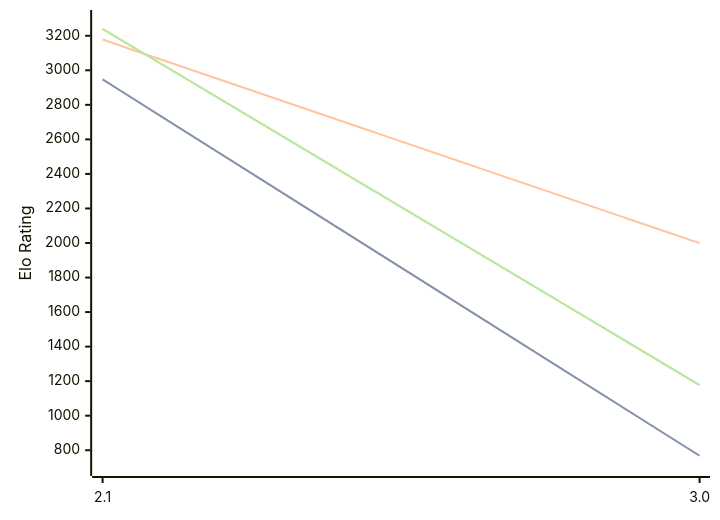
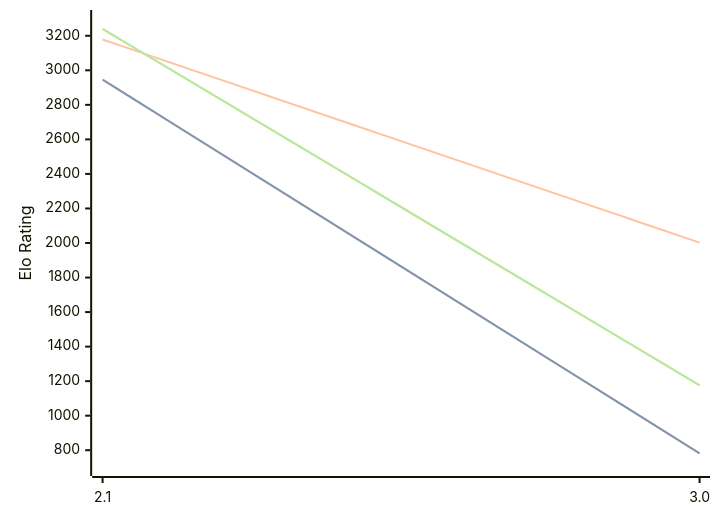
One commit to computer-chess-index/cci changed the diagram in engines/Quirky.md. Above: the diagram before and after it, drawn with Mermaid. The commit also changed other lines of this file, not shown here.

Commit message:
Update CCI Ratings (ELO VLTC) - 2026-06-07

````diff
--- a/engines/Quirky.md
+++ b/engines/Quirky.md
@@ -34,11 +34,11 @@
 ```mermaid
 %%{init: {"theme":"base","themeVariables":{"seriesColors:['#a3a3a3','#222221','#faa371']}}}%%
 xychart-beta
   x-axis ["2.1", "3.0"]
   y-axis "Elo Rating" 700 --> 3300
-  line "STC (8.0+0.08s)" [2947, 768]
-  line "STC (8.0+0.08s)" [2947, 768]
-  line "LTC (60.0+0.60s)" [3178, 1999]
-  line "VLTC (2m24s+1.12s)" [3240, 1177]
-  line "VLTC (2m24s+1.12s)" [3240, 1177]
+  line "STC (8.0+0.08s)" [2946, 782]
+  line "STC (8.0+0.08s)" [2946, 782]
+  line "LTC (60.0+0.60s)" [3178, 2002]
+  line "VLTC (2m24s+1.12s)" [3240, 1176]
+  line "VLTC (2m24s+1.12s)" [3240, 1176]
 ```
````
